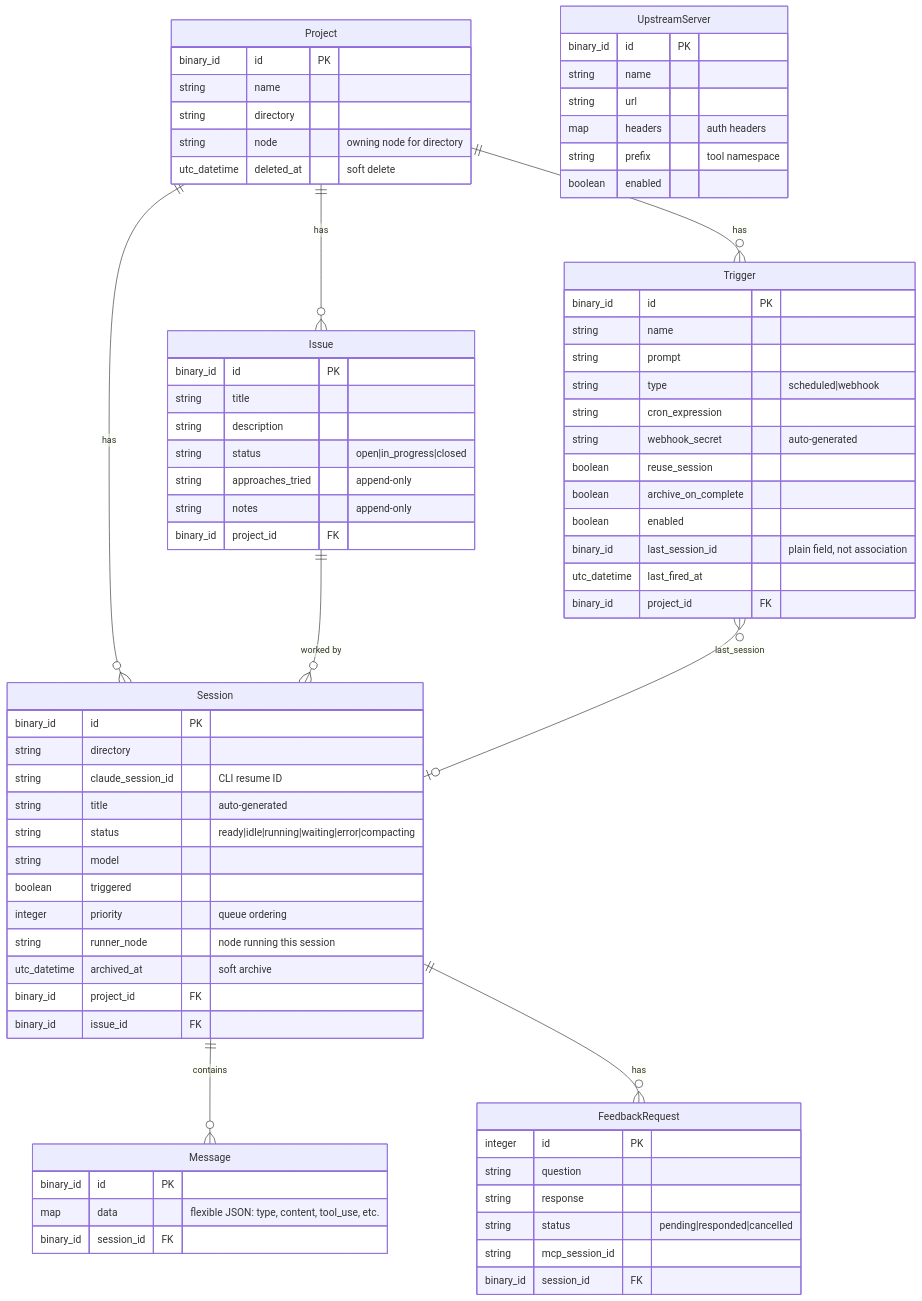
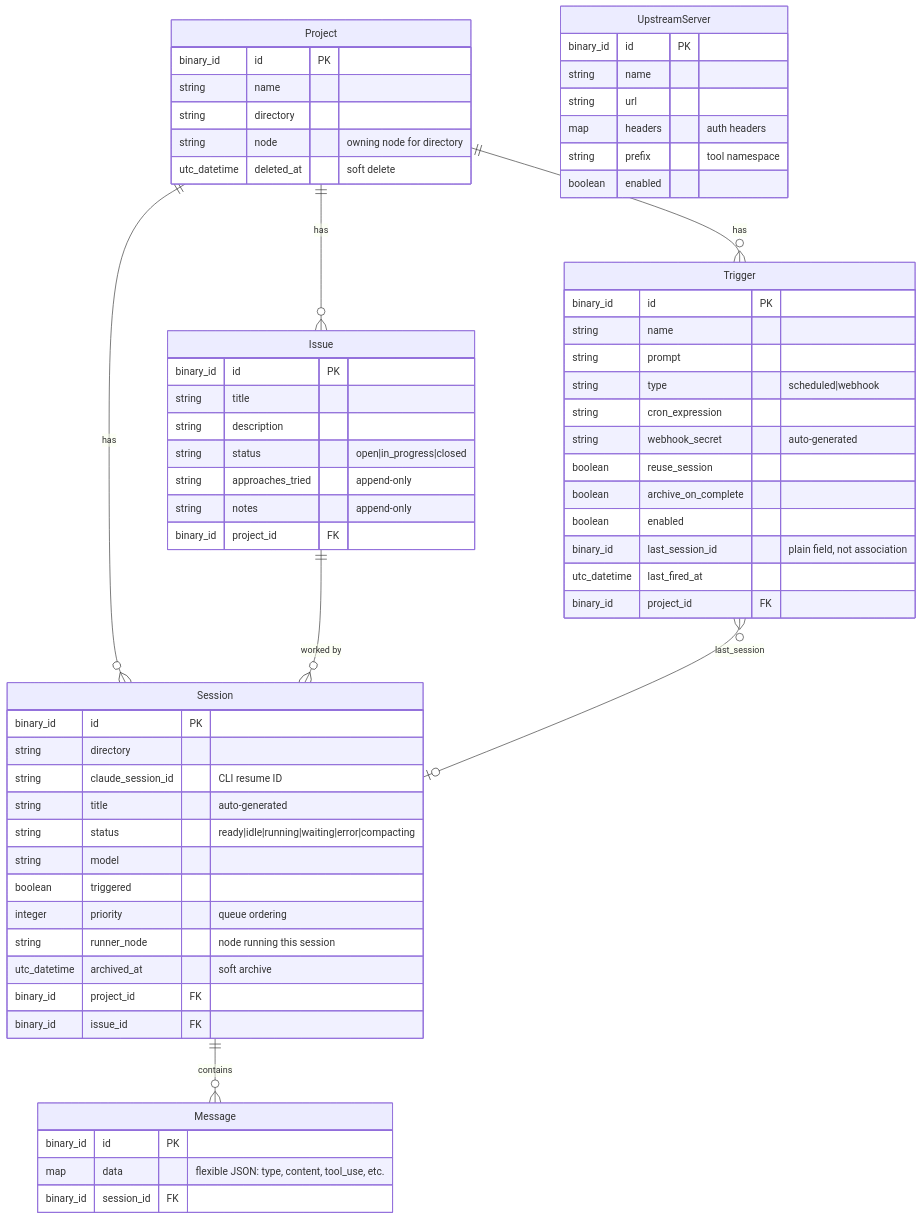
The diagram in .context/data-model.md (zingbretsen/orca_hub), drawn with Mermaid before and after one commit. The commit also changed 14 other files, not shown here.

First line of the commit message:
Remove human feedback (ask-user) MCP feature

````diff
--- a/.context/data-model.md
+++ b/.context/data-model.md
@@ -3,82 +3,72 @@
 ```mermaid
 erDiagram
     Project ||--o{ Session : has
     Project ||--o{ Issue : has
     Project ||--o{ Trigger : has
     Issue ||--o{ Session : "worked by"
     Session ||--o{ Message : contains
-    Session ||--o{ FeedbackRequest : has
     Trigger }o--o| Session : "last_session"
 
     Project {
         binary_id id PK
         string name
         string directory
         string node "owning node for directory"
         utc_datetime deleted_at "soft delete"
     }
 
     Session {
         binary_id id PK
         string directory
         string claude_session_id "CLI resume ID"
         string title "auto-generated"
         string status "ready|idle|running|waiting|error|compacting"
         string model
         boolean triggered
         integer priority "queue ordering"
         string runner_node "node running this session"
         utc_datetime archived_at "soft archive"
         binary_id project_id FK
         binary_id issue_id FK
     }
 
     Message {
         binary_id id PK
         map data "flexible JSON: type, content, tool_use, etc."
         binary_id session_id FK
     }
 
     Issue {
         binary_id id PK
         string title
         string description
         string status "open|in_progress|closed"
         string approaches_tried "append-only"
         string notes "append-only"
         binary_id project_id FK
     }
 
-    FeedbackRequest {
-        integer id PK
-        string question
-        string response
-        string status "pending|responded|cancelled"
-        string mcp_session_id
-        binary_id session_id FK
-    }
-
     Trigger {
         binary_id id PK
         string name
         string prompt
         string type "scheduled|webhook"
         string cron_expression
         string webhook_secret "auto-generated"
         boolean reuse_session
         boolean archive_on_complete
         boolean enabled
         binary_id last_session_id "plain field, not association"
         utc_datetime last_fired_at
         binary_id project_id FK
     }
 
     UpstreamServer {
         binary_id id PK
         string name
         string url
         map headers "auth headers"
         string prefix "tool namespace"
         boolean enabled
     }
 ```
````
